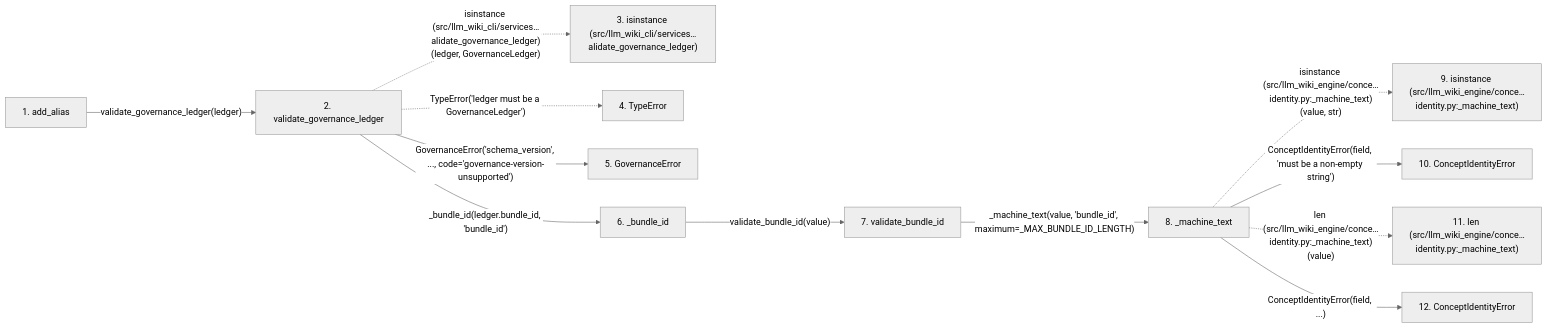
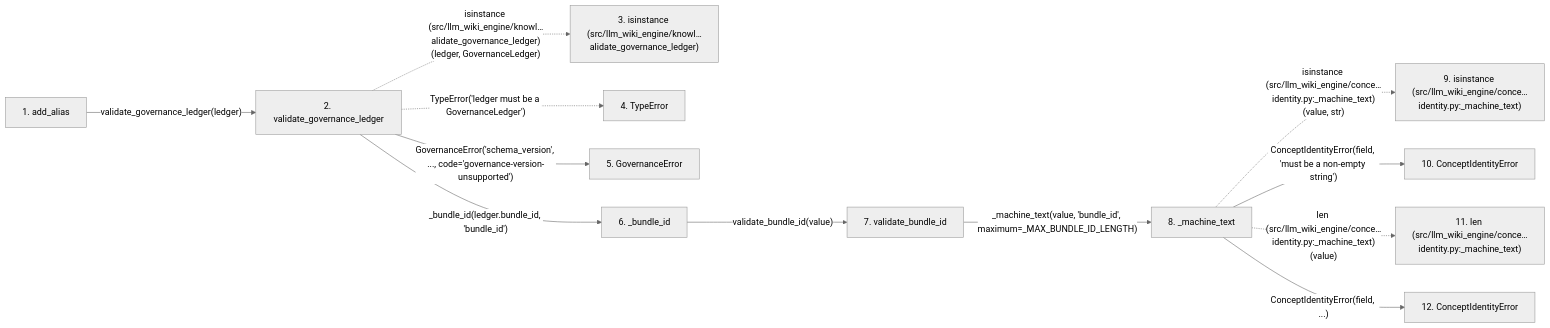
Before and after one commit to Denissvgn/python-wiki-llm: the second of 2 diagrams in docs/llm_wiki/flows/api-add_alias.md, drawn with Mermaid (neutral theme). The commit also changed other lines of this file and 1058 other files, not shown here.

````diff
--- a/docs/llm_wiki/flows/api-add_alias.md
+++ b/docs/llm_wiki/flows/api-add_alias.md
@@ -139,34 +139,34 @@
 ```mermaid
 flowchart LR
     s1["1. add_alias"]
     s2["2. validate_governance_ledger"]
-    s3["3. isinstance (src/llm_wiki_cli/services…alidate_governance_ledger)"]
+    s3["3. isinstance (src/llm_wiki_engine/knowl…alidate_governance_ledger)"]
     s4["4. TypeError"]
     s5["5. GovernanceError"]
     s6["6. _bundle_id"]
     s7["7. validate_bundle_id"]
     s8["8. _machine_text"]
     s9["9. isinstance (src/llm_wiki_engine/conce…identity.py:_machine_text)"]
     s10["10. ConceptIdentityError"]
     s11["11. len (src/llm_wiki_engine/conce…identity.py:_machine_text)"]
     s12["12. ConceptIdentityError"]
     s1 -->|"validate_governance_ledger(ledger)"| s2
-    s2 -. "isinstance (src/llm_wiki_cli/services…alidate_governance_ledger)(ledger, GovernanceLedger)" .-> s3
+    s2 -. "isinstance (src/llm_wiki_engine/knowl…alidate_governance_ledger)(ledger, GovernanceLedger)" .-> s3
     s2 -. "TypeError('ledger must be a GovernanceLedger')" .-> s4
     s2 -->|"GovernanceError('schema_version', ..., code='governance-version-unsupported')"| s5
     s2 -->|"_bundle_id(ledger.bundle_id, 'bundle_id')"| s6
     s6 -->|"validate_bundle_id(value)"| s7
     s7 -->|"_machine_text(value, 'bundle_id', maximum=_MAX_BUNDLE_ID_LENGTH)"| s8
     s8 -. "isinstance (src/llm_wiki_engine/conce…identity.py:_machine_text)(value, str)" .-> s9
     s8 -->|"ConceptIdentityError(field, 'must be a non-empty string')"| s10
     s8 -. "len (src/llm_wiki_engine/conce…identity.py:_machine_text)(value)" .-> s11
     s8 -->|"ConceptIdentityError(field, ...)"| s12
     click s1 "../modules/knowledge_governance.md"
     click s2 "../modules/knowledge_governance.md"
     click s5 "../modules/knowledge_governance.md"
     click s6 "../modules/knowledge_governance.md"
     click s7 "../modules/concept_identity.md"
     click s8 "../modules/concept_identity.md"
     click s10 "../modules/concept_identity.md"
     click s12 "../modules/concept_identity.md"
 ```
````
